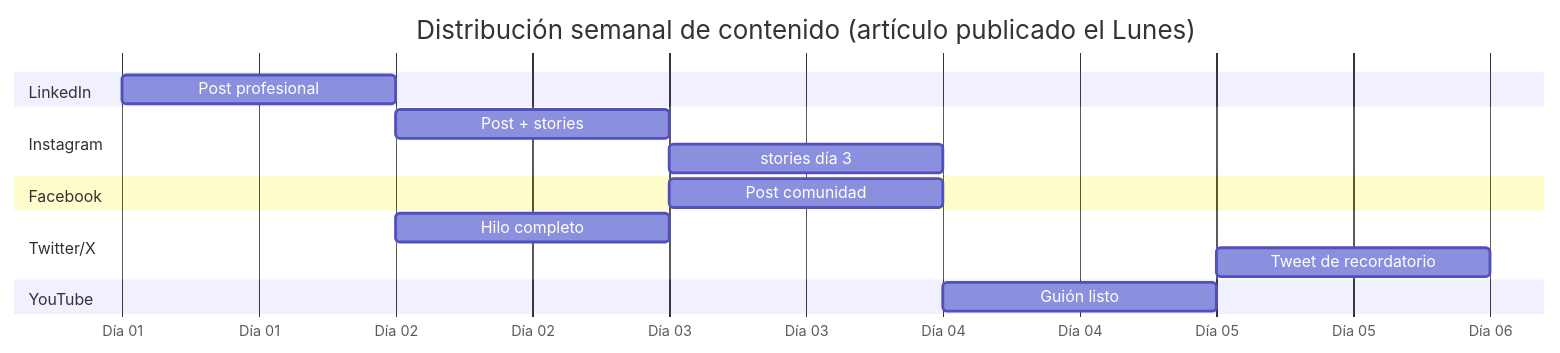
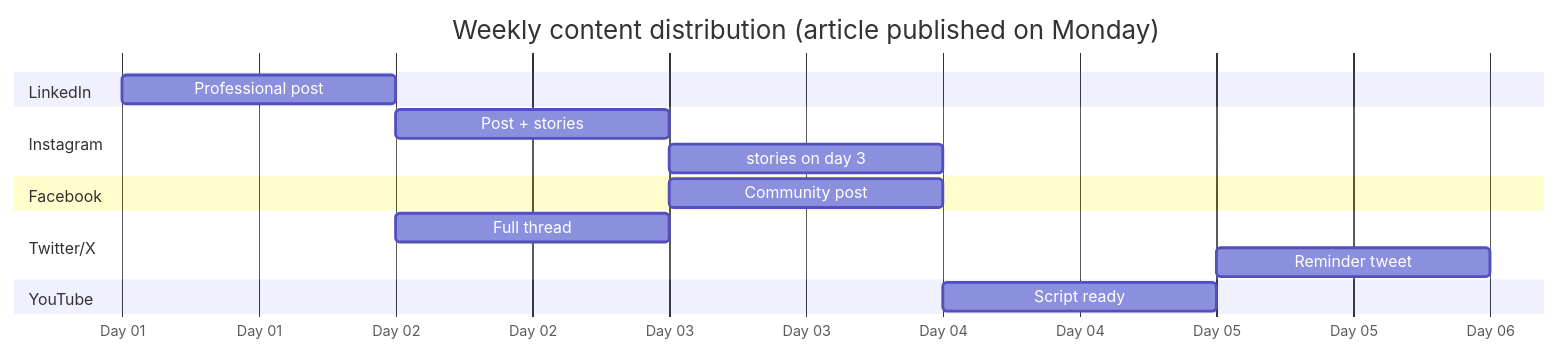
Before and after one commit to nissienterprise/nissi-openclaw-vps: the diagram in documentation/03-agents/specialized-flows/blog-automation/nte-propagator.md, drawn with Mermaid. The commit also changed other lines of this file and 46 other files, not shown here.

````diff
--- a/documentation/03-agents/specialized-flows/blog-automation/nte-propagator.md
+++ b/documentation/03-agents/specialized-flows/blog-automation/nte-propagator.md
@@ -27,18 +27,18 @@
 ```mermaid
 gantt
-    title Distribución semanal de contenido (artículo publicado el Lunes)
+    title Weekly content distribution (article published on Monday)
     dateFormat  DD
-    axisFormat  Día %d
+    axisFormat  Day %d
     section LinkedIn
-    Post profesional        :01, 1d
+    Professional post        :01, 1d
     section Instagram
     Post + stories          :02, 1d
-    stories día 3           :03, 1d
+    stories on day 3        :03, 1d
     section Facebook
-    Post comunidad          :03, 1d
+    Community post           :03, 1d
     section Twitter/X
-    Hilo completo           :02, 1d
-    Tweet de recordatorio   :05, 1d
+    Full thread              :02, 1d
+    Reminder tweet           :05, 1d
     section YouTube
-    Guión listo             :04, 1d
+    Script ready              :04, 1d
 ```
````
